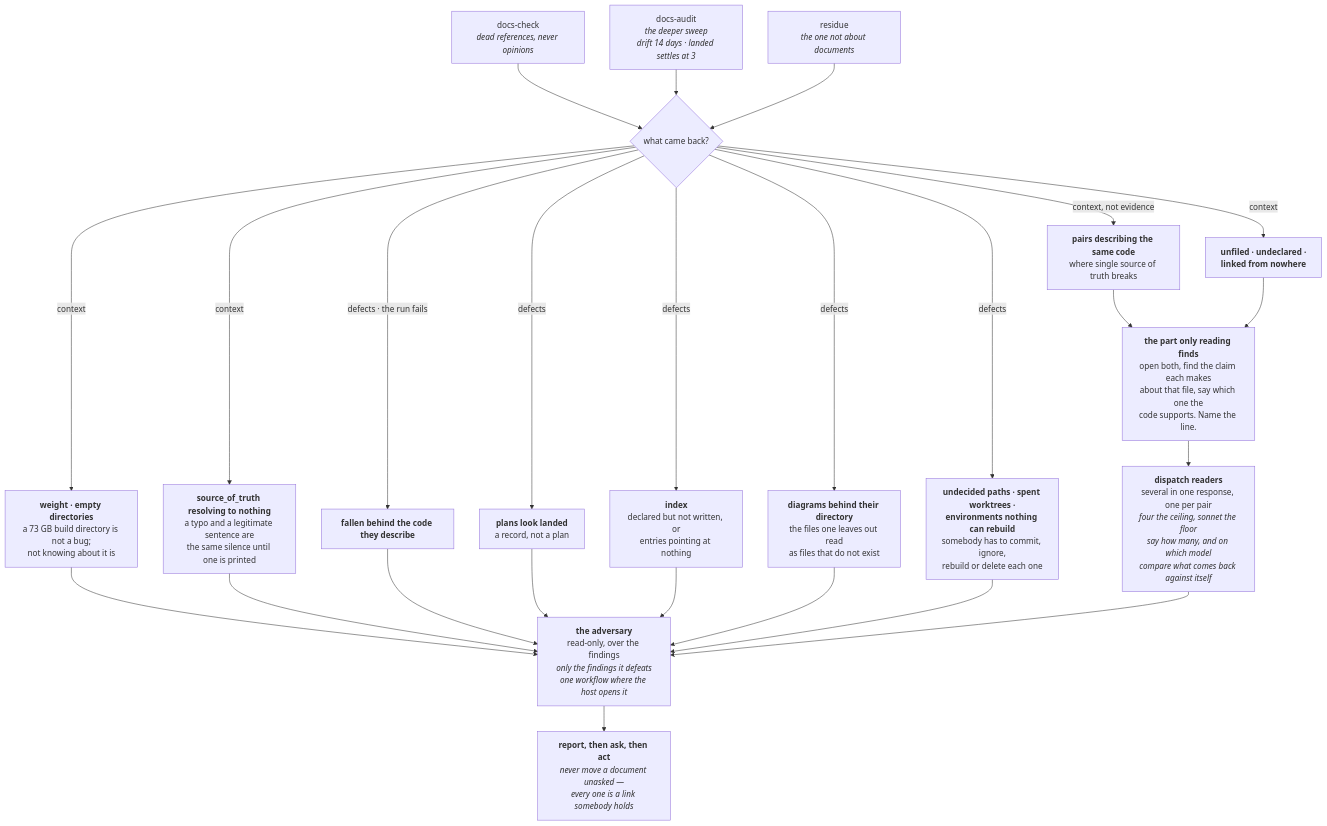
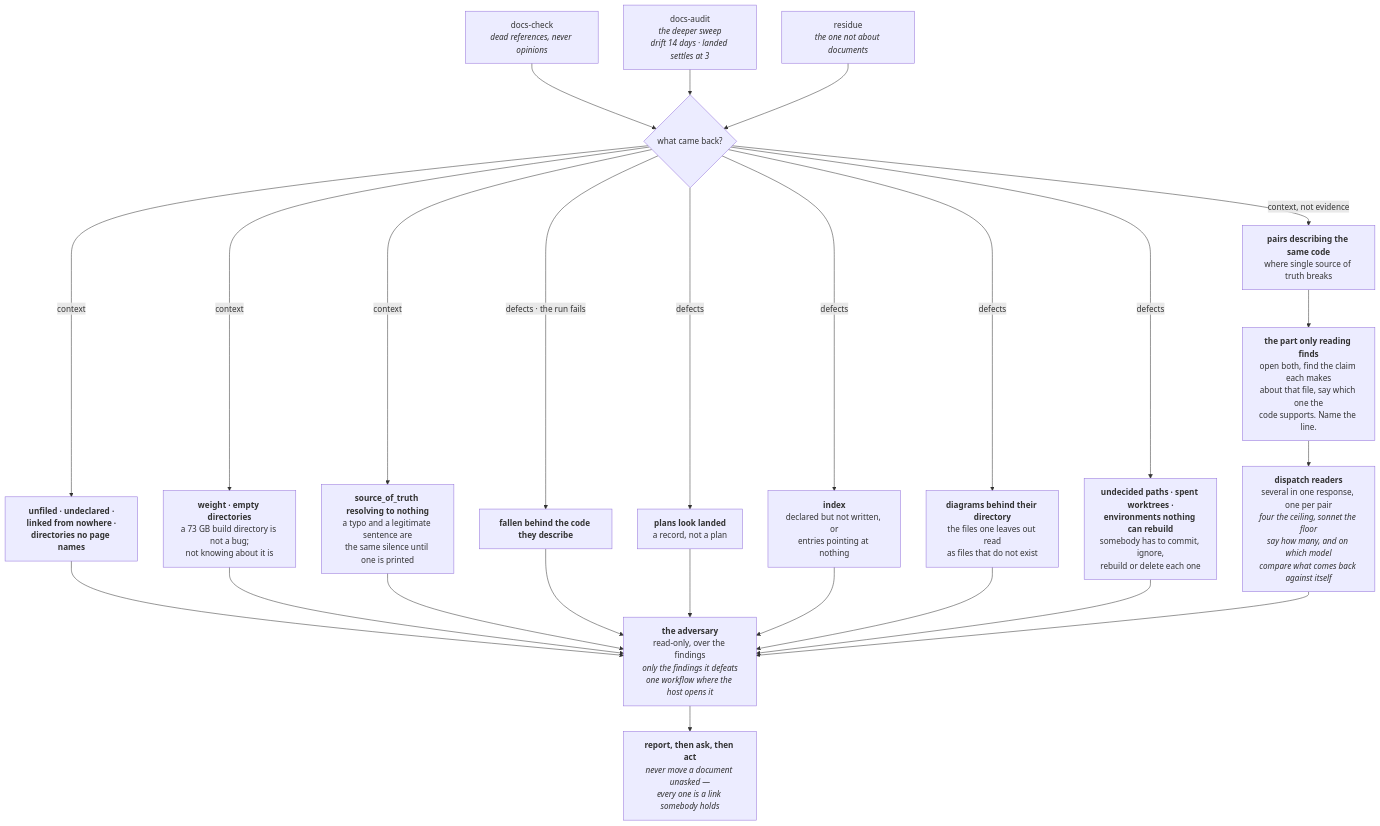
Before and after one commit to FanFantom9452/FanKeel: the seventh of 8 diagrams in docs/pipeline.md, drawn with Mermaid.

Commit message:
docs: the audit diagram routes E2 to the adversary
- docs/pipeline.md: E2 goes to F2 like E3 and E4, and its label names directories no page names

Claude-Session: https://claude.ai/code/session_016HmYMtMQysv9TUwwLJbvRk

````diff
--- a/docs/pipeline.md
+++ b/docs/pipeline.md
@@ -662,45 +662,45 @@
 ```mermaid
 flowchart TD
     A["docs-check<br/><i>dead references, never opinions</i>"]
     B["docs-audit<br/><i>the deeper sweep<br/>drift 14 days · landed settles at 3</i>"]
     A2["residue<br/><i>the one not about documents</i>"]
     C{"what came back?"}
     D1["<b>fallen behind the code they describe</b>"]
     D2["<b>plans look landed</b><br/>a record, not a plan"]
     D3["<b>index</b><br/>declared but not written, or<br/>entries pointing at nothing"]
     D4["<b>diagrams behind their directory</b><br/>the files one leaves out read<br/>as files that do not exist"]
     D5["<b>undecided paths · spent worktrees ·<br/>environments nothing can rebuild</b><br/>somebody has to commit, ignore,<br/>rebuild or delete each one"]
     E1["<b>pairs describing the same code</b><br/>where single source of truth breaks"]
-    E2["<b>unfiled · undeclared ·<br/>linked from nowhere</b>"]
+    E2["<b>unfiled · undeclared ·<br/>linked from nowhere ·<br/>directories no page names</b>"]
     E3["<b>weight · empty directories</b><br/>a 73 GB build directory is not a bug;<br/>not knowing about it is"]
     E4["<b>source_of_truth resolving to nothing</b><br/>a typo and a legitimate sentence are<br/>the same silence until one is printed"]
     F["<b>the part only reading finds</b><br/>open both, find the claim each makes<br/>about that file, say which one the<br/>code supports. Name the line."]
     F1["<b>dispatch readers</b><br/>several in one response, one per pair<br/><i>four the ceiling, sonnet the floor</i><br/><i>say how many, and on which model</i><br/><i>compare what comes back against itself</i>"]
     F2["<b>the adversary</b><br/>read-only, over the findings<br/><i>only the findings it defeats</i><br/><i>one workflow where the host opens it</i>"]
     G["<b>report, then ask, then act</b><br/><i>never move a document unasked —<br/>every one is a link somebody holds</i>"]
 
     A --> C
     B --> C
     A2 --> C
     C -- "defects · the run fails" --> D1
     C -- "defects" --> D2
     C -- "defects" --> D3
     C -- "defects" --> D4
     C -- "defects" --> D5
     C -- "context, not evidence" --> E1
     C -- "context" --> E2
     C -- "context" --> E3
     C -- "context" --> E4
     E1 --> F
-    E2 --> F
+    E2 --> F2
     E3 --> F2
     E4 --> F2
     D1 --> F2
     D2 --> F2
     D3 --> F2
     D4 --> F2
     D5 --> F2
     F --> F1
     F1 --> F2
     F2 --> G
 ```
````
